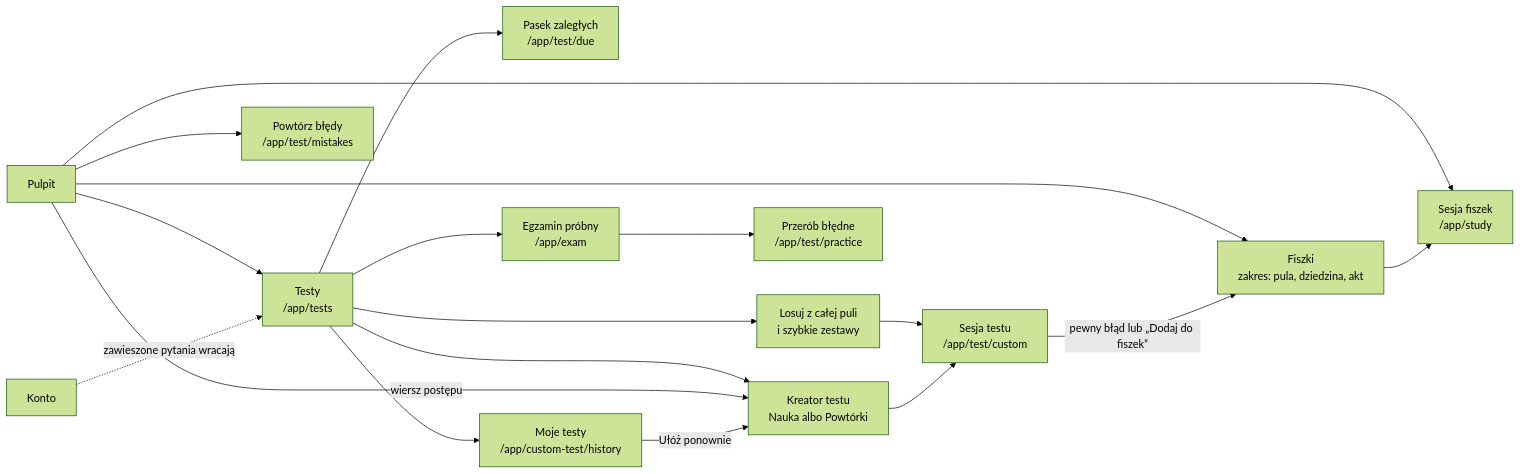
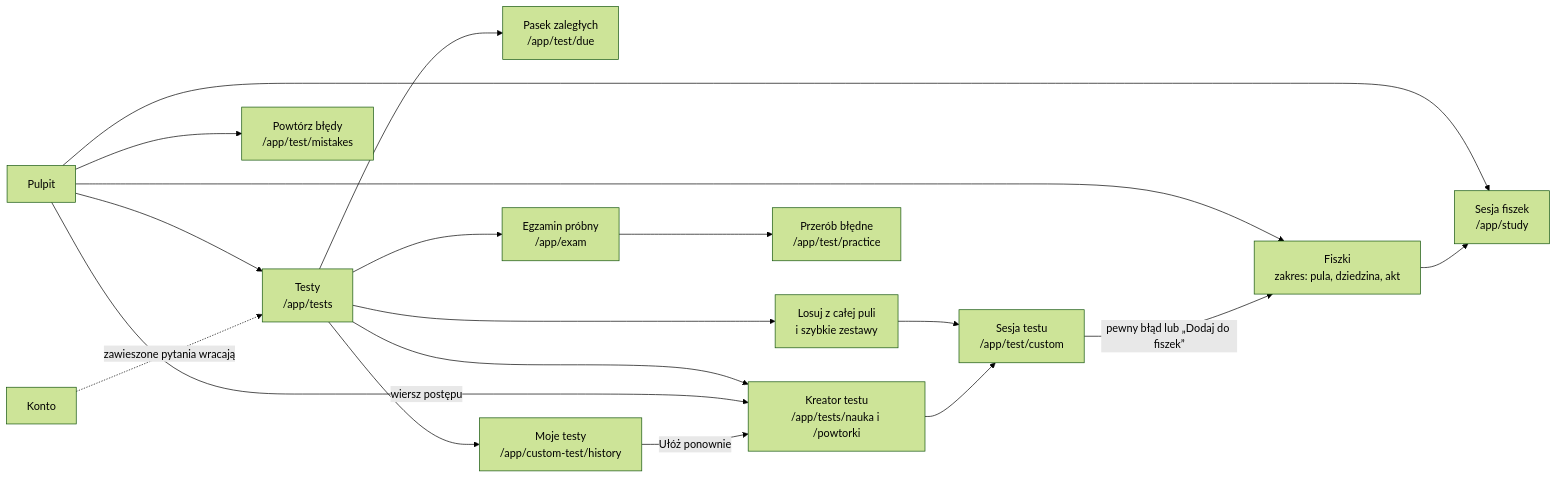
The second of 2 diagrams in docs/02-routing-i-strony.md (YellowHand/tutlaw-frontend), drawn with Mermaid (forest theme) before and after one commit. The commit also changed other lines of this file and 31 other files, not shown here.

````diff
--- a/docs/02-routing-i-strony.md
+++ b/docs/02-routing-i-strony.md
@@ -91,20 +93,20 @@
 ```mermaid
 flowchart LR
     DASH["Pulpit"] --> FISZ["Fiszki<br/>zakres: pula, dziedzina, akt"]
     DASH --> TESTY["Testy<br/>/app/tests"]
     DASH --> SESF["Sesja fiszek<br/>/app/study"]
     DASH --> BLEDY["Powtórz błędy<br/>/app/test/mistakes"]
     FISZ --> SESF
     TESTY --> LOSUJ["Losuj z całej puli<br/>i szybkie zestawy"]
-    TESTY --> KREATOR["Kreator testu<br/>Nauka albo Powtórki"]
+    TESTY --> KREATOR["Kreator testu<br/>/app/tests/nauka i /powtorki"]
     DASH -- "wiersz postępu" --> KREATOR
     LOSUJ --> SESC["Sesja testu<br/>/app/test/custom"]
     KREATOR --> SESC
     TESTY --> ZAL["Pasek zaległych<br/>/app/test/due"]
     TESTY --> EGZ["Egzamin próbny<br/>/app/exam"]
     TESTY --> MOJE["Moje testy<br/>/app/custom-test/history"]
     MOJE -- "Ułóż ponownie" --> KREATOR
     EGZ --> PRAK["Przerób błędne<br/>/app/test/practice"]
     SESC -- "pewny błąd lub „Dodaj do fiszek”" --> FISZ
     KONTO["Konto"] -. "zawieszone pytania wracają" .-> TESTY
 ```
````
